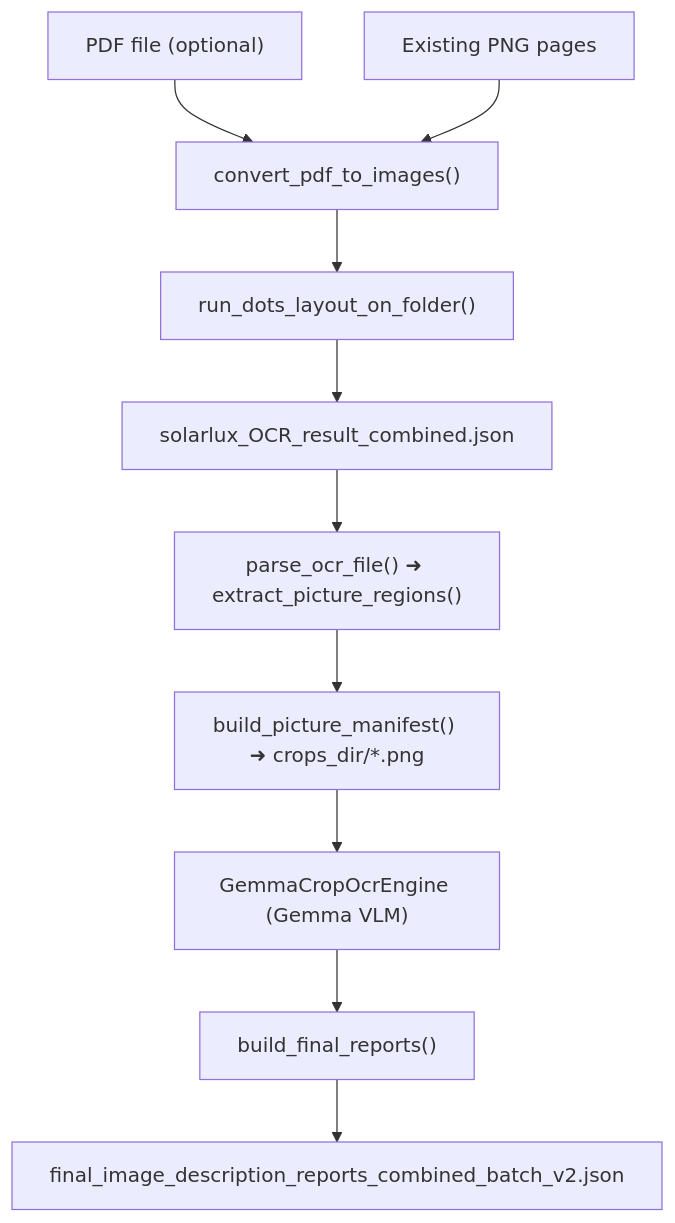
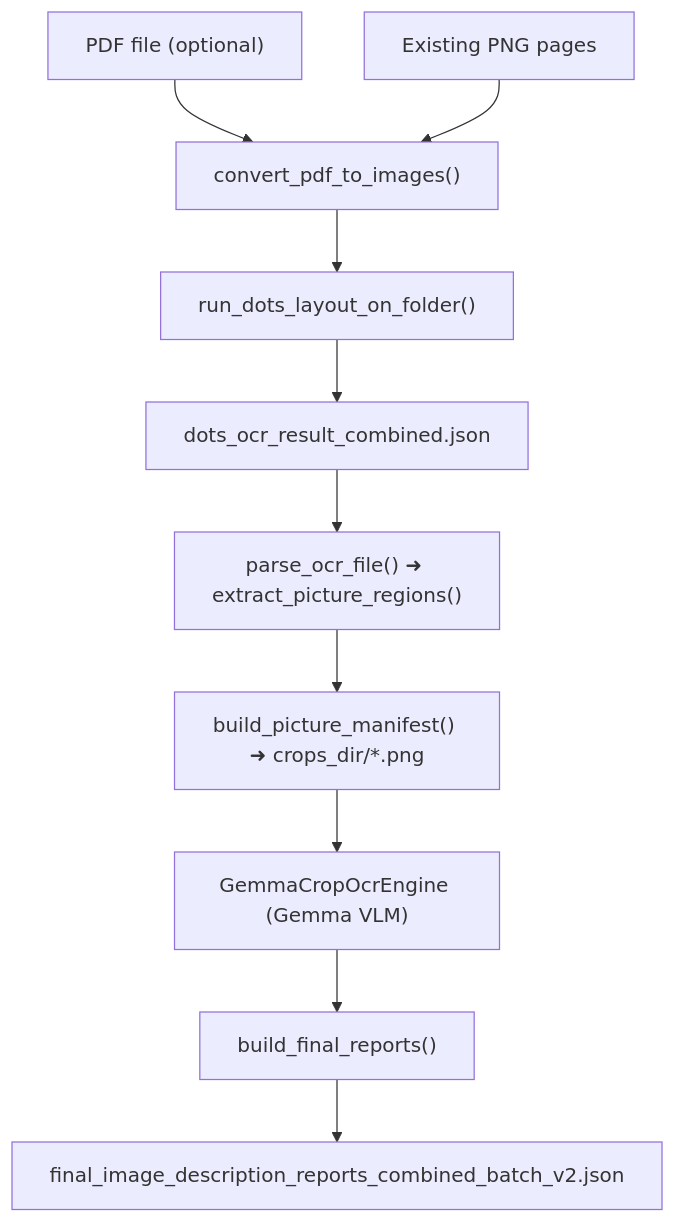
Before and after one commit to CRAI-KI-Reallabor/pure_visual_grounding: the diagram in efficient_llm/README.md, drawn with Mermaid. The commit also changed other lines of this file and 4 other files, not shown here.

````diff
--- a/efficient_llm/README.md
+++ b/efficient_llm/README.md
@@ -49,12 +49,12 @@
 ```mermaid
 flowchart TD
     A["PDF file (optional)"] --> B["convert_pdf_to_images()"]
     A2["Existing PNG pages"] --> B
     B --> C["run_dots_layout_on_folder()"]
-    C --> D["solarlux_OCR_result_combined.json"]
+    C --> D["dots_ocr_result_combined.json"]
     D --> E["parse_ocr_file() ➜ extract_picture_regions()"]
     E --> F["build_picture_manifest() ➜ crops_dir/*.png"]
     F --> G["GemmaCropOcrEngine (Gemma VLM)"]
     G --> H["build_final_reports()"]
     H --> I["final_image_description_reports_combined_batch_v2.json"]
 ```
````
